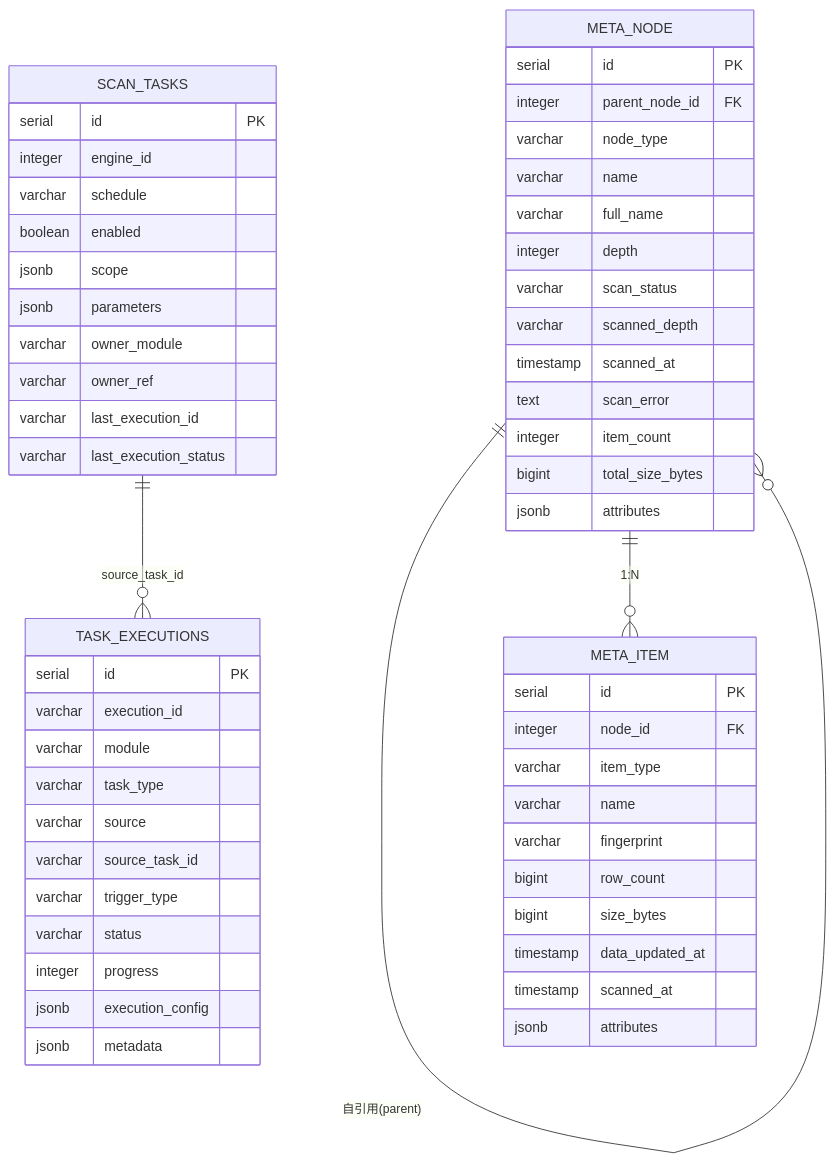
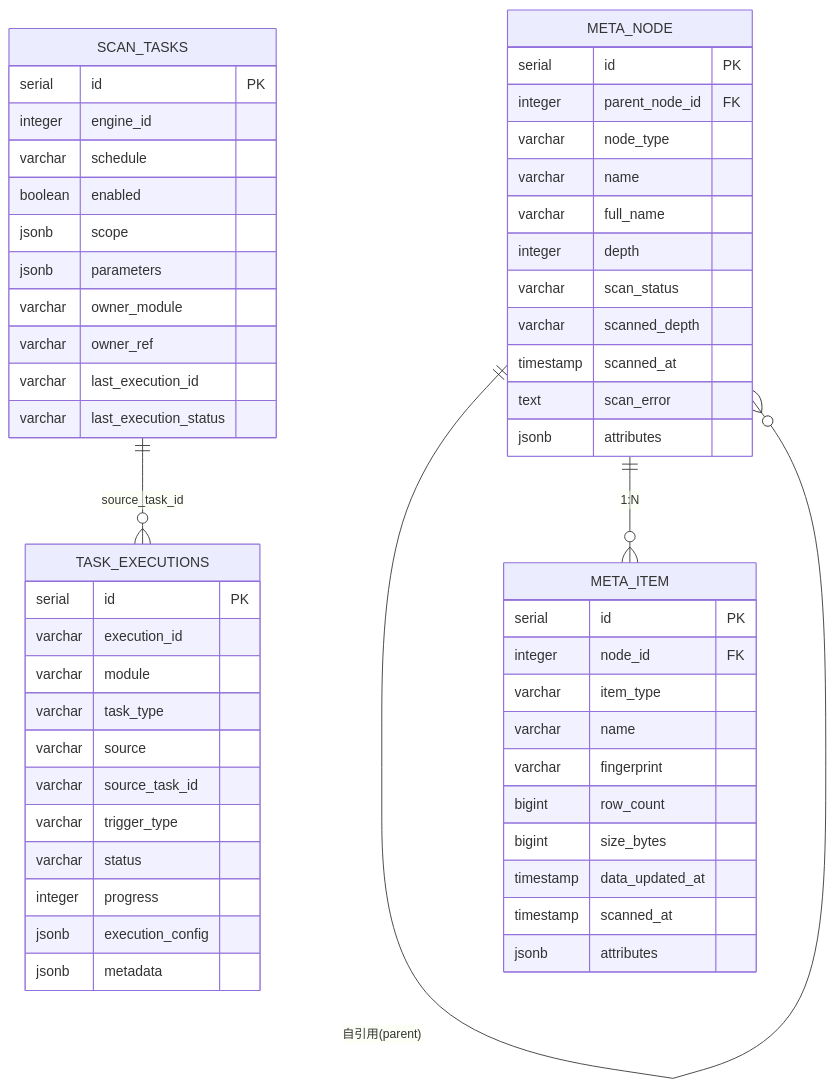
The diagram in meta/docs/数据库架构.md (pampa0629/addp), drawn with Mermaid before and after one commit. The commit also changed 171 other files, not shown here.

````diff
--- a/meta/docs/数据库架构.md
+++ b/meta/docs/数据库架构.md
@@ -31,62 +31,60 @@
 ```mermaid
 erDiagram
     META_NODE ||--o{ META_NODE : "自引用(parent)"
     META_NODE ||--o{ META_ITEM : "1:N"
     SCAN_TASKS ||--o{ TASK_EXECUTIONS : "source_task_id"
 
     META_NODE {
         serial id PK
         integer parent_node_id FK
         varchar node_type
         varchar name
         varchar full_name
         integer depth
         varchar scan_status
         varchar scanned_depth
         timestamp scanned_at
         text scan_error
-        integer item_count
-        bigint total_size_bytes
         jsonb attributes
     }
 
     META_ITEM {
         serial id PK
         integer node_id FK
         varchar item_type
         varchar name
         varchar fingerprint
         bigint row_count
         bigint size_bytes
         timestamp data_updated_at
         timestamp scanned_at
         jsonb attributes
     }
 
     SCAN_TASKS {
         serial id PK
         integer engine_id
         varchar schedule
         boolean enabled
         jsonb scope
         jsonb parameters
         varchar owner_module
         varchar owner_ref
         varchar last_execution_id
         varchar last_execution_status
     }
 
     TASK_EXECUTIONS {
         serial id PK
         varchar execution_id
         varchar module
         varchar task_type
         varchar source
         varchar source_task_id
         varchar trigger_type
         varchar status
         integer progress
         jsonb execution_config
         jsonb metadata
     }
 ```
````
